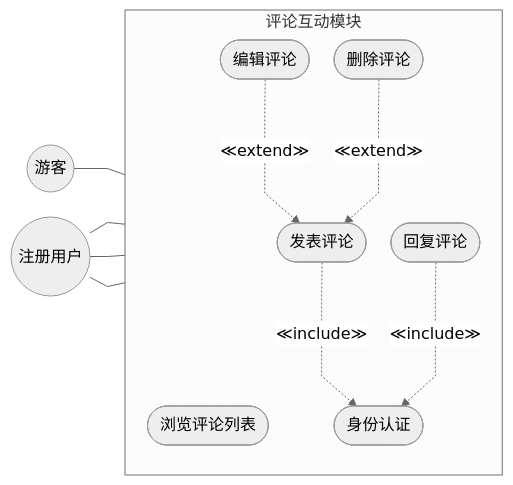
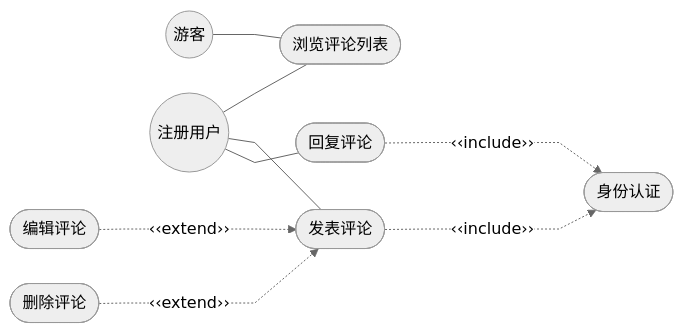
Before and after one commit to Wkjlovec/graduation_project_zhuang: the diagram in docs/diagrams/fig3-4-comment-usecase.mmd, drawn with Mermaid. The commit also changed 13 other files, not shown here.

Commit message:
docs: 修正用例图标签为‹‹include/extend››, 去除subgraph改为扁平布局使线条更直

```diff
--- a/docs/diagrams/fig3-4-comment-usecase.mmd
+++ b/docs/diagrams/fig3-4-comment-usecase.mmd
@@ -1,23 +1,10 @@
-%%{init: {'theme': 'neutral', 'flowchart': {'curve': 'linear', 'rankSpacing': 35, 'nodeSpacing': 25}}}%%
+%%{init: {'theme': 'neutral', 'flowchart': {'curve': 'linear', 'rankSpacing': 50, 'nodeSpacing': 35}}}%%
 graph LR
-    Guest((游客))
-    User((注册用户))
-
-    subgraph 评论互动模块
-        direction TB
-        UC1([浏览评论列表])
-        UC2([发表评论])
-        UC3([回复评论])
-        UC4([身份认证])
-        UC5([编辑评论])
-        UC6([删除评论])
-    end
-
-    Guest --- UC1
-    User --- UC1
-    User --- UC2
-    User --- UC3
-    UC2 -..->|"≪include≫"| UC4
-    UC3 -..->|"≪include≫"| UC4
-    UC5 -..->|"≪extend≫"| UC2
-    UC6 -..->|"≪extend≫"| UC2
+    Guest((游客)) --- UC1([浏览评论列表])
+    User((注册用户)) --- UC1
+    User --- UC2([发表评论])
+    User --- UC3([回复评论])
+    UC2 -..->|"‹‹include››"| UC4([身份认证])
+    UC3 -..->|"‹‹include››"| UC4
+    UC5([编辑评论]) -..->|"‹‹extend››"| UC2
+    UC6([删除评论]) -..->|"‹‹extend››"| UC2
```
